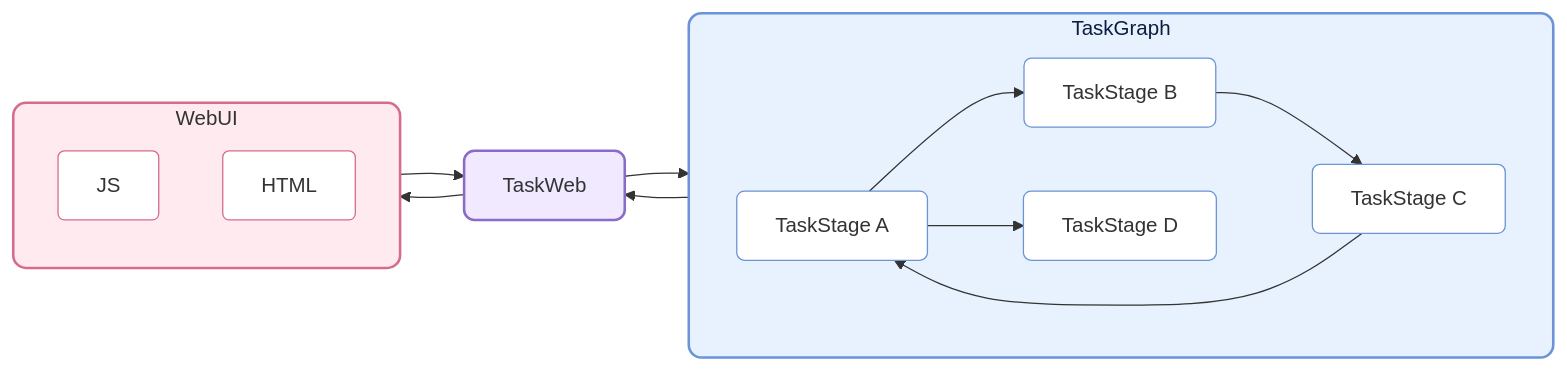
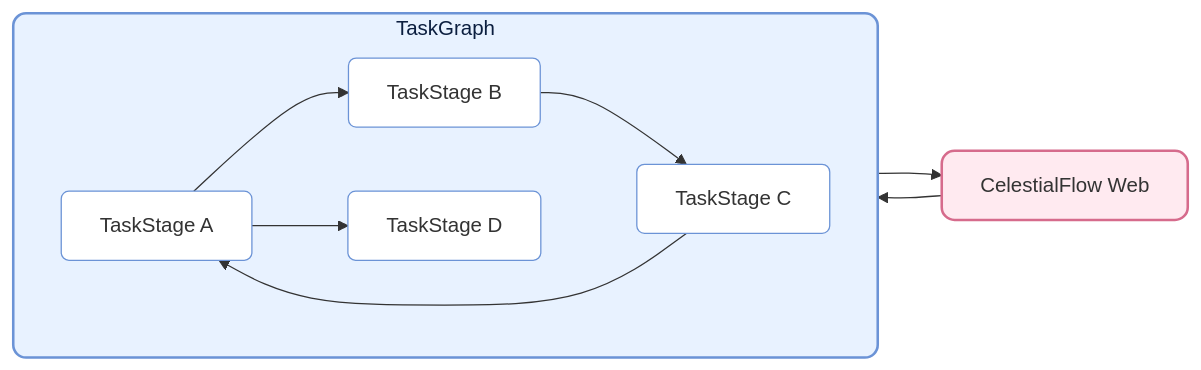
The first of 2 diagrams in docs/ja/README.md (Mr-xiaotian/CelestialFlow), drawn with Mermaid before and after one commit. The commit also changed other lines of this file and 133 other files, not shown here.

````diff
--- a/docs/ja/README.md
+++ b/docs/ja/README.md
@@ -55,46 +56,33 @@
 ```mermaid
 flowchart LR
 
     %% ===== TaskGraph =====
     subgraph TG[TaskGraph]
         direction LR
 
         S1[TaskStage A]
         S2[TaskStage B]
         S3[TaskStage C]
         S4[TaskStage D]
 
         S1 --> S2 --> S3 --> S1
         S1 --> S4
 
     end
 
-    %% TaskGraph の外枠を装飾
+    %% 美化 TaskGraph 外框
     style TG fill:#e8f2ff,stroke:#6b93d6,stroke-width:2px,color:#0b1e3f,rx:10px,ry:10px
 
-    %% 統一装飾フォーマット
+    %% 统一美化格式
     classDef blueNode fill:#ffffff,stroke:#6b93d6,rx:6px,ry:6px;
 
-    %% TaskStages を装飾
+    %% 美化 TaskStages
     class S1,S2,S3,S4 blueNode;
 
-    %% ===== WebUI =====
-    subgraph W[WebUI]
-        JS
-        HTML
-    end
+    %% ===== Links =====
+    TG --> CFB[CelestialFlow Web]
+    CFB --> TG 
 
-    style W fill:#ffeaf0,stroke:#d66b8c,stroke-width:2px,rx:10px,ry:10px
-    style JS fill:#ffffff,stroke:#d66b8c,rx:5px,ry:5px
-    style HTML fill:#ffffff,stroke:#d66b8c,rx:5px,ry:5px
-
-    R[TaskWeb]
-    style R fill:#f0e9ff,stroke:#8a6bc9,stroke-width:2px,rx:8px,ry:8px
-
-    %% ===== Links =====
-    TG --> R 
-    R --> TG 
-    R --> W
-    W --> R
+    style CFB fill:#ffeaf0,stroke:#d66b8c,stroke-width:2px,rx:10px,ry:10px
 
 ```
````
